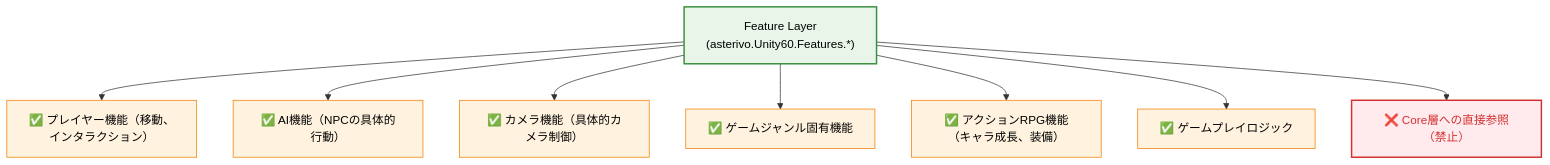
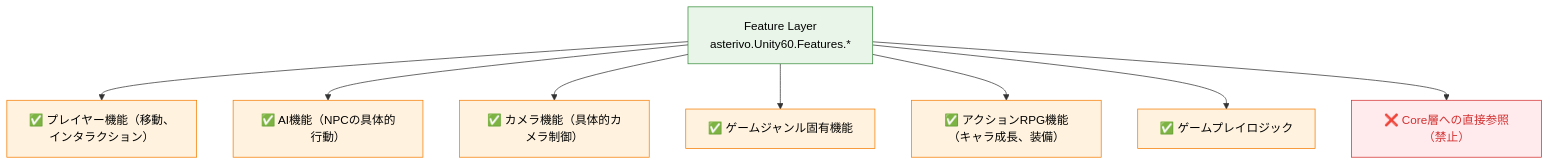
One commit to u-satoru/URP3D_Base01 changed the third of 8 diagrams in DESIGN.md. Above: the diagram before and after it, drawn with Mermaid. The commit also changed other lines of this file and 1 other file, not shown here.

````diff
--- a/DESIGN.md
+++ b/DESIGN.md
@@ -62,18 +130,18 @@
 ```mermaid
-flowchart TD
-    A["Feature Layer<br/>(asterivo.Unity60.Features.*)"] --> B["✅ プレイヤー機能（移動、インタラクション）"]
-    A --> C["✅ AI機能（NPCの具体的行動）"]
-    A --> D["✅ カメラ機能（具体的カメラ制御）"]
-    A --> E["✅ ゲームジャンル固有機能"]
-    A --> F["✅ アクションRPG機能（キャラ成長、装備）"]
-    A --> G["✅ ゲームプレイロジック"]
-    A --> H["❌ Core層への直接参照（禁止）"]
+graph TD
+    A[Feature Layer<br/>asterivo.Unity60.Features.*] --> B[✅ プレイヤー機能（移動、インタラクション）]
+    A --> C[✅ AI機能（NPCの具体的行動）]
+    A --> D[✅ カメラ機能（具体的カメラ制御）]
+    A --> E[✅ ゲームジャンル固有機能]
+    A --> F[✅ アクションRPG機能（キャラ成長、装備）]
+    A --> G[✅ ゲームプレイロジック]
+    A --> H[❌ Core層への直接参照（禁止）]
 
-    classDef featureLayer fill:#e8f5e8,stroke:#388e3c,stroke-width:2px,color:#000
-    classDef featureItem fill:#fff3e0,stroke:#f57c00,stroke-width:1px,color:#000
-    classDef forbidden fill:#ffebee,stroke:#d32f2f,stroke-width:2px,color:#d32f2f
+    classDef featureLayer fill:#e8f5e8,stroke:#388e3c,color:#000
+    classDef featureItem fill:#fff3e0,stroke:#f57c00,color:#000
+    classDef forbidden fill:#ffebee,stroke:#d32f2f,color:#d32f2f
 
     class A featureLayer
     class B,C,D,E,F,G featureItem
     class H forbidden
 ```
````
